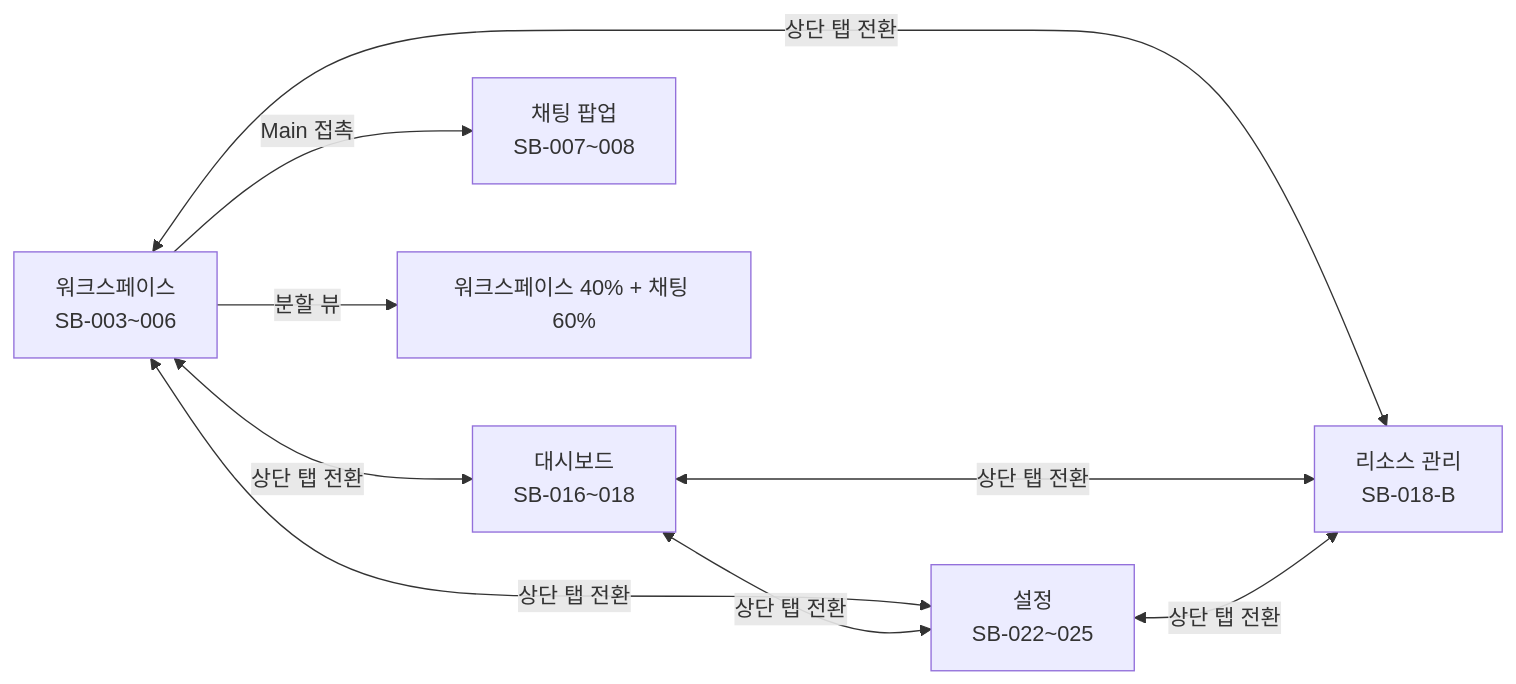
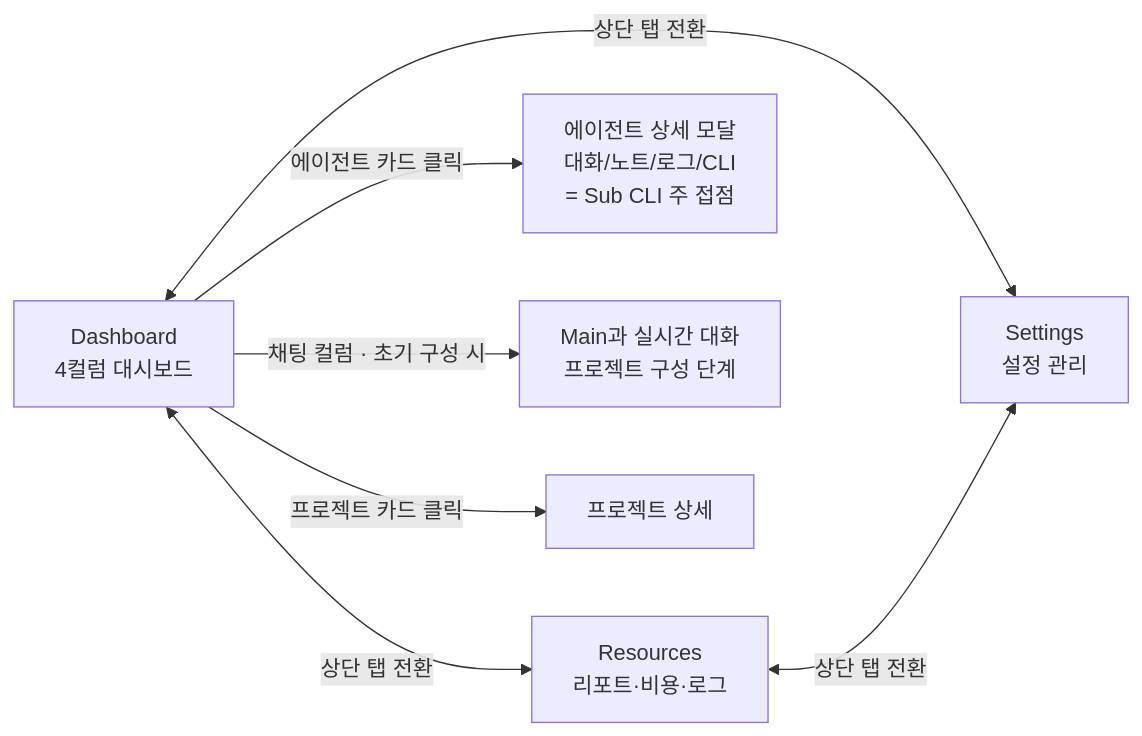
Before and after one commit to Jeonyunjae/ClaudeManager: the third of 15 diagrams in 03_design/🔀 user-flow.md, drawn with Mermaid. The commit also changed other lines of this file and 221 other files, not shown here.

````diff
--- a/03_design/🔀 user-flow.md
+++ b/03_design/🔀 user-flow.md
@@ -47,12 +67,10 @@
 ```mermaid
 flowchart LR
-    OFFICE[워크스페이스<br>SB-003~006] <-->|상단 탭 전환| DASHBOARD[대시보드<br>SB-016~018]
-    OFFICE <-->|상단 탭 전환| SETTINGS[설정<br>SB-022~025]
-    OFFICE <-->|상단 탭 전환| RESOURCE[리소스 관리<br>SB-018-B]
-    DASHBOARD <-->|상단 탭 전환| SETTINGS
-    DASHBOARD <-->|상단 탭 전환| RESOURCE
-    SETTINGS <-->|상단 탭 전환| RESOURCE
+    DASHBOARD[Dashboard<br>4컬럼 대시보드] <-->|상단 탭 전환| RESOURCES[Resources<br>리포트·비용·로그]
+    DASHBOARD <-->|상단 탭 전환| SETTINGS[Settings<br>설정 관리]
+    RESOURCES <-->|상단 탭 전환| SETTINGS
     
-    OFFICE -->|Main 접촉| CHAT_POPUP[채팅 팝업<br>SB-007~008]
-    OFFICE -->|분할 뷰| SPLIT[워크스페이스 40% + 채팅 60%]
+    DASHBOARD -->|에이전트 카드 클릭| AGENT_MODAL[에이전트 상세 모달<br>대화/노트/로그/CLI<br>= Sub CLI 주 접점]
+    DASHBOARD -->|채팅 컬럼 · 초기 구성 시| CHAT[Main과 실시간 대화<br>프로젝트 구성 단계]
+    DASHBOARD -->|프로젝트 카드 클릭| PROJECT_DETAIL[프로젝트 상세]
 ```
````
